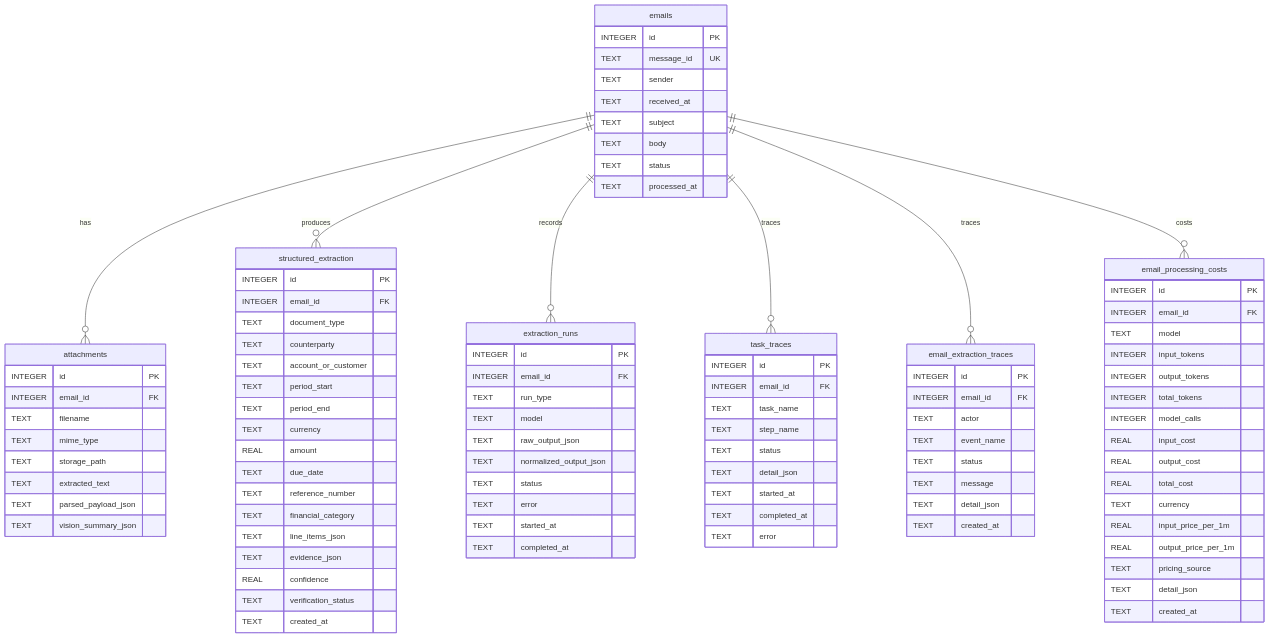
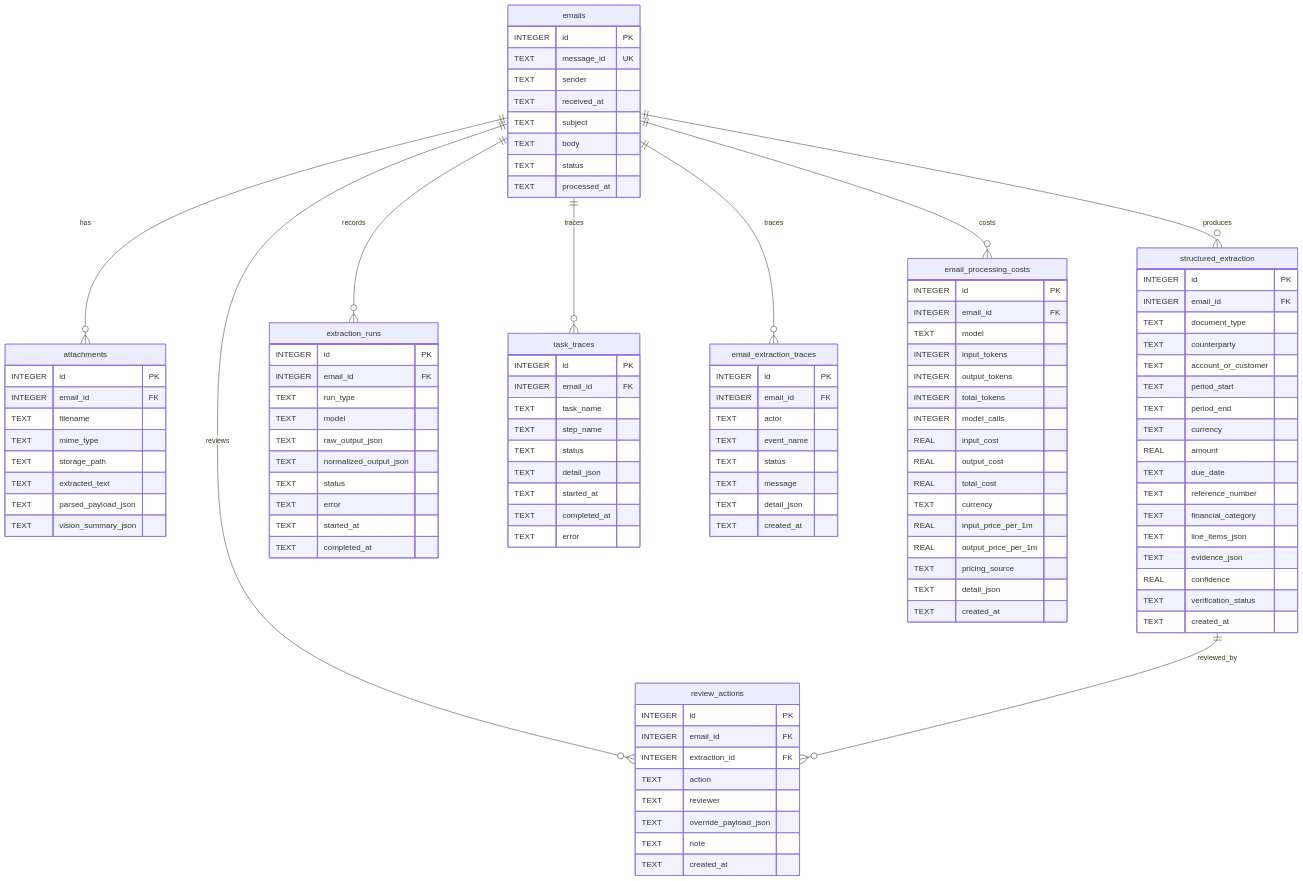
Before and after one commit to gustavorubim/inbox-da: the tenth of 13 diagrams in README.md, drawn with Mermaid. The commit also changed other lines of this file and 17 other files, not shown here.

````diff
--- a/README.md
+++ b/README.md
@@ -342,6 +401,8 @@
     emails ||--o{ task_traces : traces
     emails ||--o{ email_extraction_traces : traces
     emails ||--o{ email_processing_costs : costs
+    emails ||--o{ review_actions : reviews
+    structured_extraction ||--o{ review_actions : reviewed_by
 
     emails {
         INTEGER id PK
@@ -439,4 +500,15 @@
         TEXT detail_json
         TEXT created_at
     }
+
+    review_actions {
+        INTEGER id PK
+        INTEGER email_id FK
+        INTEGER extraction_id FK
+        TEXT action
+        TEXT reviewer
+        TEXT override_payload_json
+        TEXT note
+        TEXT created_at
+    }
 ```
````
